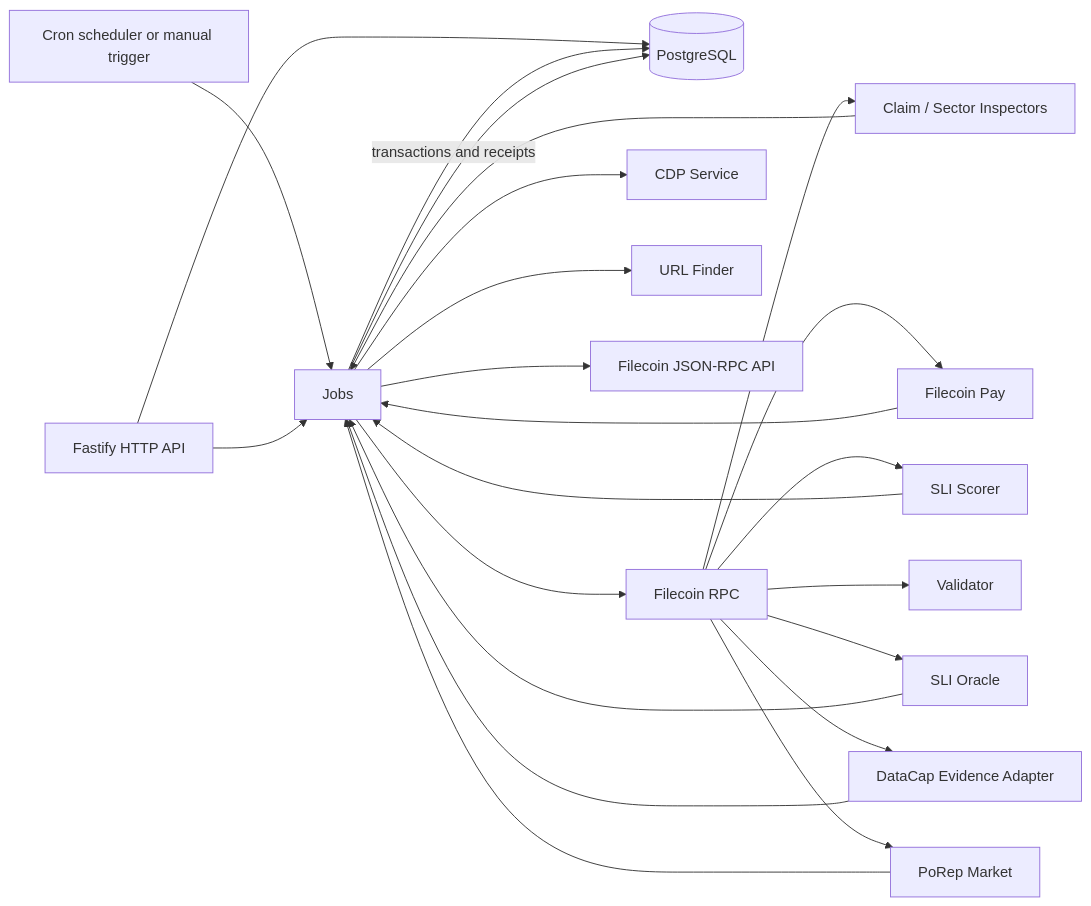
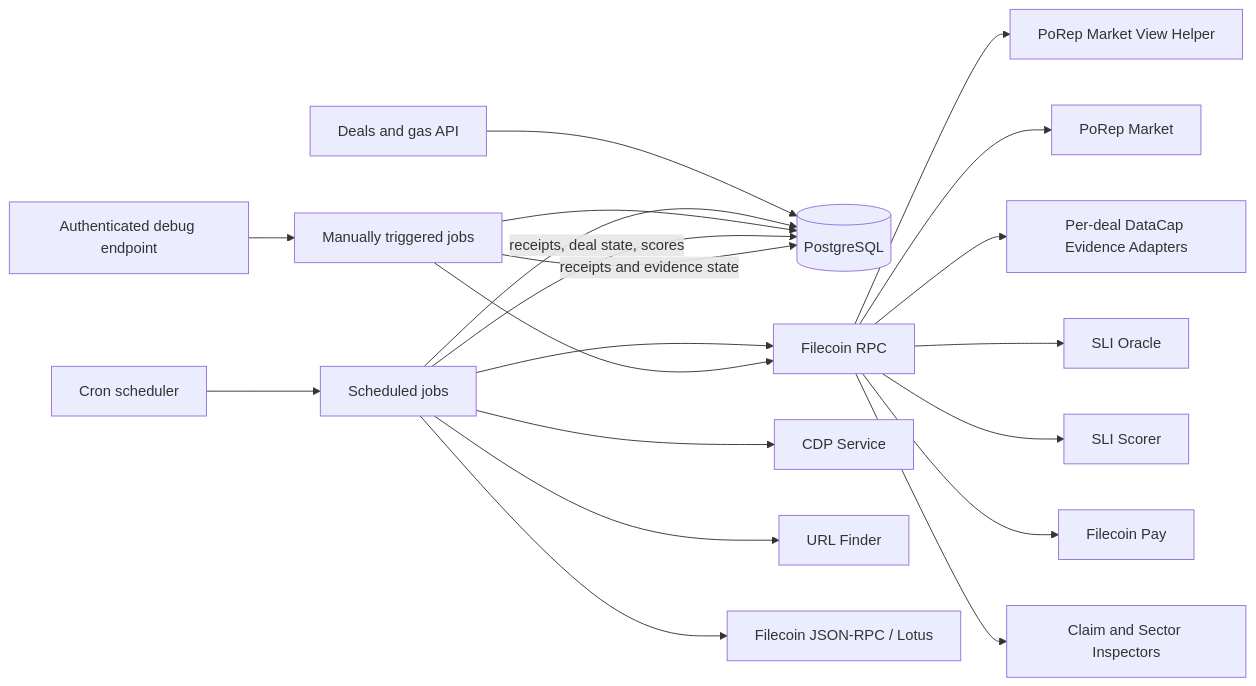
One commit to fidlabs/filecoin-oracle-service changed the first of 2 diagrams in README.md. Above: the diagram before and after it, drawn with Mermaid. The commit also changed other lines of this file, not shown here.

````diff
--- a/README.md
+++ b/README.md
@@ -26,28 +26,25 @@
 ```mermaid
 flowchart LR
-    Scheduler[Cron scheduler or manual trigger] --> Jobs[Jobs]
-    API[Fastify HTTP API] --> Jobs
-    API --> DB[(PostgreSQL)]
+    Cron[Cron scheduler] --> Scheduled[Scheduled jobs]
+    Debug[Authenticated debug endpoint] --> Manual[Manually triggered jobs]
+    ReadAPI[Deals and gas API] --> DB[(PostgreSQL)]
 
-    Jobs --> DB
-    Jobs --> RPC[Filecoin RPC]
-    Jobs --> CDP[CDP Service]
-    Jobs --> URLFinder[URL Finder]
-    Jobs --> FilecoinAPI[Filecoin JSON-RPC API]
+    Scheduled --> DB
+    Manual --> DB
+    Scheduled --> Chain[Filecoin RPC]
+    Manual --> Chain
+    Scheduled --> CDP[CDP Service]
+    Scheduled --> URLFinder[URL Finder]
+    Scheduled --> Lotus[Filecoin JSON-RPC / Lotus]
 
-    RPC --> PoRep[PoRep Market]
-    RPC --> Evidence[DataCap Evidence Adapter]
-    RPC --> Oracle[SLI Oracle]
-    RPC --> Scorer[SLI Scorer]
-    RPC --> Pay[Filecoin Pay]
-    RPC --> Inspectors[Claim / Sector Inspectors]
-    RPC --> Validator[Validator]
+    Chain --> View[PoRep Market View Helper]
+    Chain --> PoRep[PoRep Market]
+    Chain --> Adapters[Per-deal DataCap Evidence Adapters]
+    Chain --> Oracle[SLI Oracle]
+    Chain --> Scorer[SLI Scorer]
+    Chain --> Pay[Filecoin Pay]
+    Chain --> Inspectors[Claim and Sector Inspectors]
 
-    PoRep --> Jobs
-    Evidence --> Jobs
-    Oracle --> Jobs
-    Scorer --> Jobs
-    Pay --> Jobs
-    Inspectors --> Jobs
-    Jobs -->|transactions and receipts| DB
+    Scheduled -->|receipts, deal state, scores| DB
+    Manual -->|receipts and evidence state| DB
 ```
````
